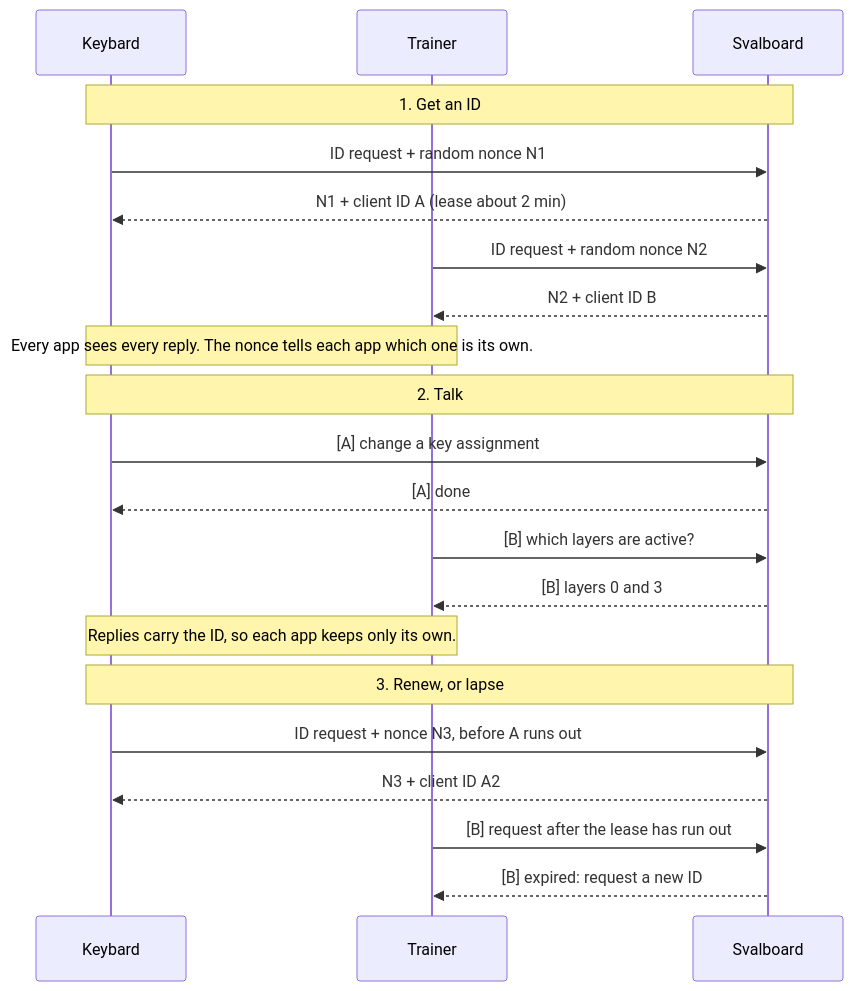
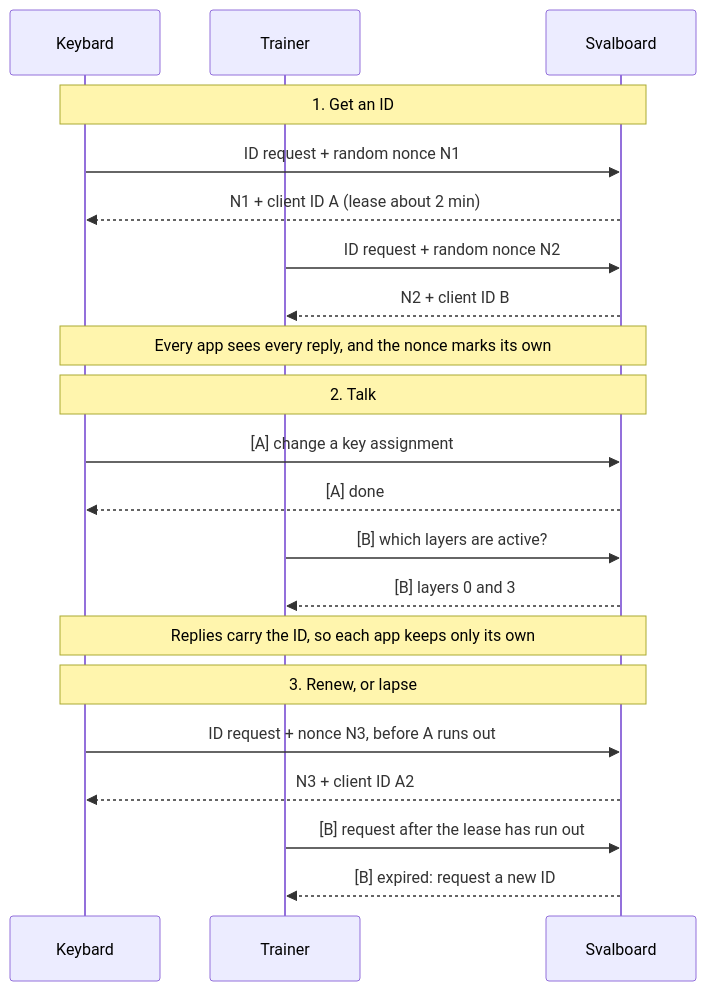
Before and after one commit to morganvenable/sval-qmk: the diagram in keyboards/svalboard/docs/release/protocol.md, drawn with Mermaid.

Commit message:
Fix protocol diagram notes so Mermaid renders them
A semicolon ended the statement early; widen the notes across all three
participants so their text fits.

````diff
--- a/keyboards/svalboard/docs/release/protocol.md
+++ b/keyboards/svalboard/docs/release/protocol.md
@@ -39,26 +39,26 @@
 ```mermaid
 sequenceDiagram
     participant K as Keybard
     participant T as Trainer
     participant S as Svalboard
 
     Note over K,S: 1. Get an ID
     K->>S: ID request + random nonce N1
     S-->>K: N1 + client ID A (lease about 2 min)
     T->>S: ID request + random nonce N2
     S-->>T: N2 + client ID B
-    Note over K,T: Every app sees every reply. The nonce tells each app which one is its own.
+    Note over K,S: Every app sees every reply, and the nonce marks its own
 
     Note over K,S: 2. Talk
     K->>S: [A] change a key assignment
     S-->>K: [A] done
     T->>S: [B] which layers are active?
     S-->>T: [B] layers 0 and 3
-    Note over K,T: Replies carry the ID, so each app keeps only its own.
+    Note over K,S: Replies carry the ID, so each app keeps only its own
 
     Note over K,S: 3. Renew, or lapse
     K->>S: ID request + nonce N3, before A runs out
     S-->>K: N3 + client ID A2
     T->>S: [B] request after the lease has run out
     S-->>T: [B] expired: request a new ID
 ```
````
